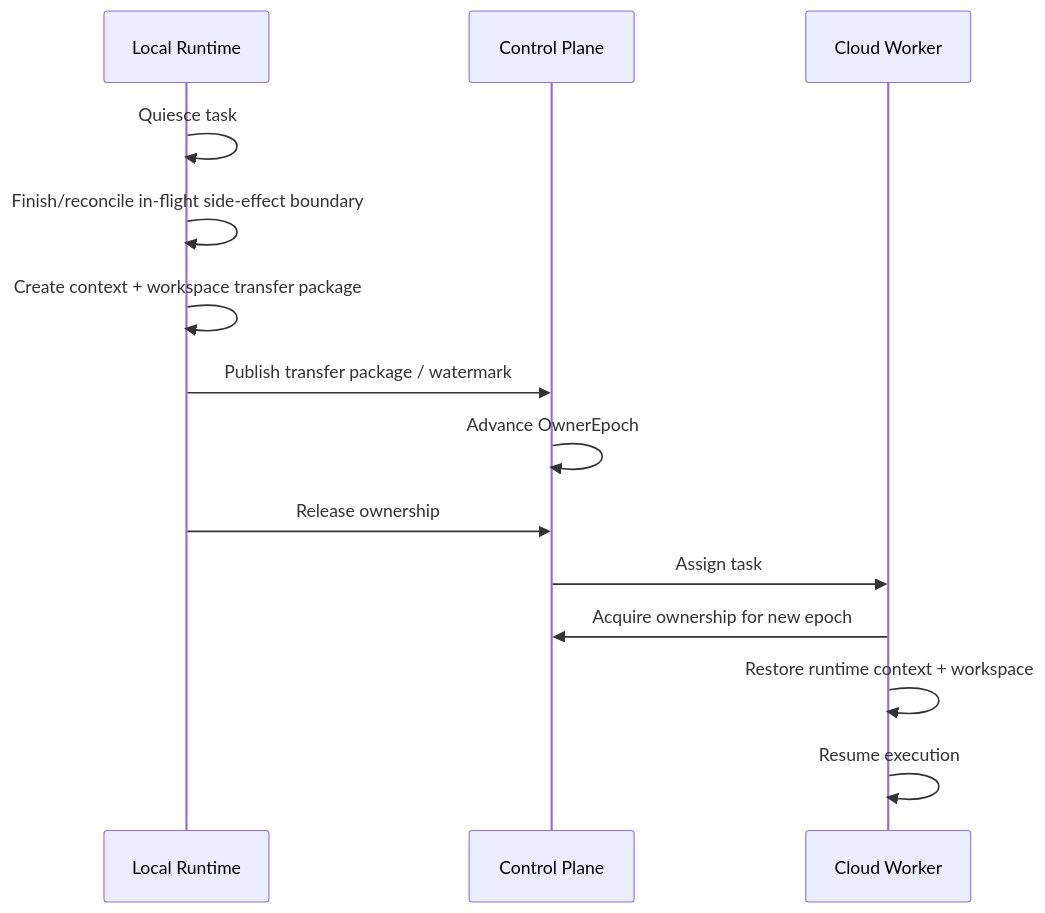
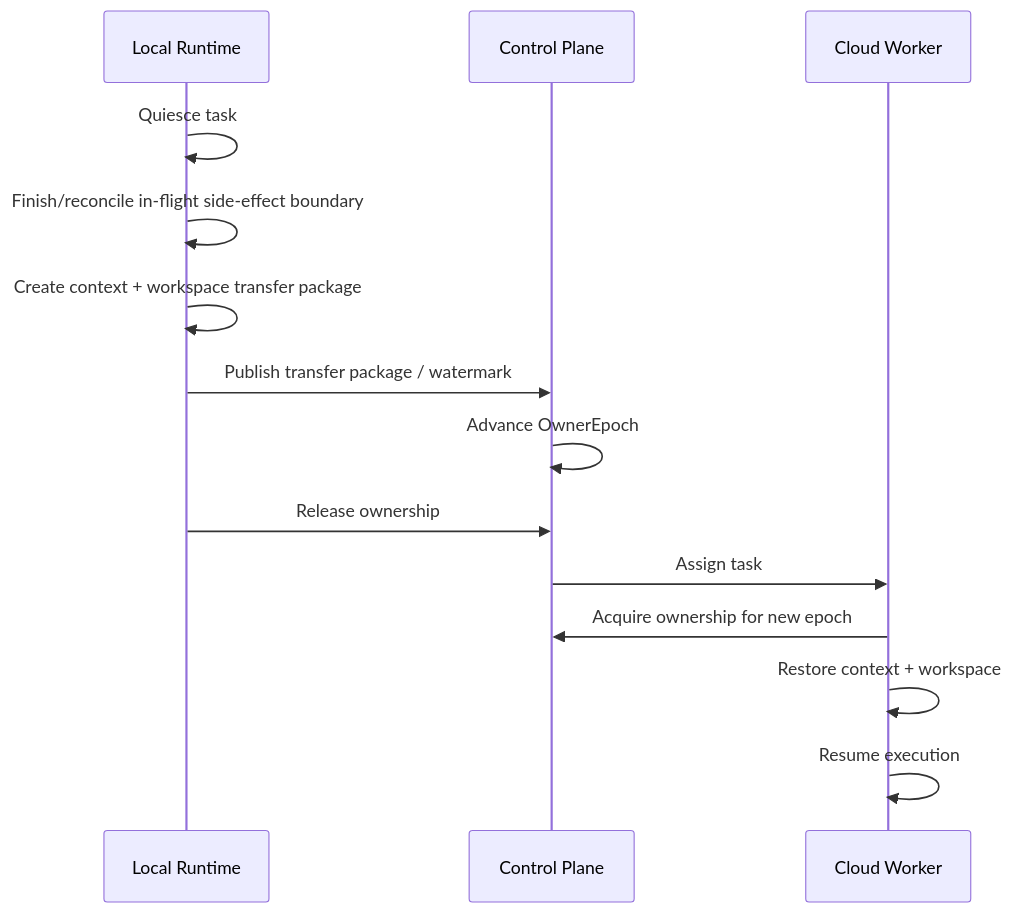
The second of 2 diagrams in docs/FUTURE_RUNTIME_ARCHITECTURE.md (dengmengmian/CodeLeveler), drawn with Mermaid before and after one commit. The commit also changed other lines of this file, not shown here.

````diff
--- a/docs/FUTURE_RUNTIME_ARCHITECTURE.md
+++ b/docs/FUTURE_RUNTIME_ARCHITECTURE.md
@@ -676,17 +643,17 @@
 ```mermaid
 sequenceDiagram
     participant L as Local Runtime
     participant C as Control Plane
     participant W as Cloud Worker
 
     L->>L: Quiesce task
     L->>L: Finish/reconcile in-flight side-effect boundary
     L->>L: Create context + workspace transfer package
     L->>C: Publish transfer package / watermark
     C->>C: Advance OwnerEpoch
     L->>C: Release ownership
     C->>W: Assign task
     W->>C: Acquire ownership for new epoch
-    W->>W: Restore runtime context + workspace
+    W->>W: Restore context + workspace
     W->>W: Resume execution
 ```
````
